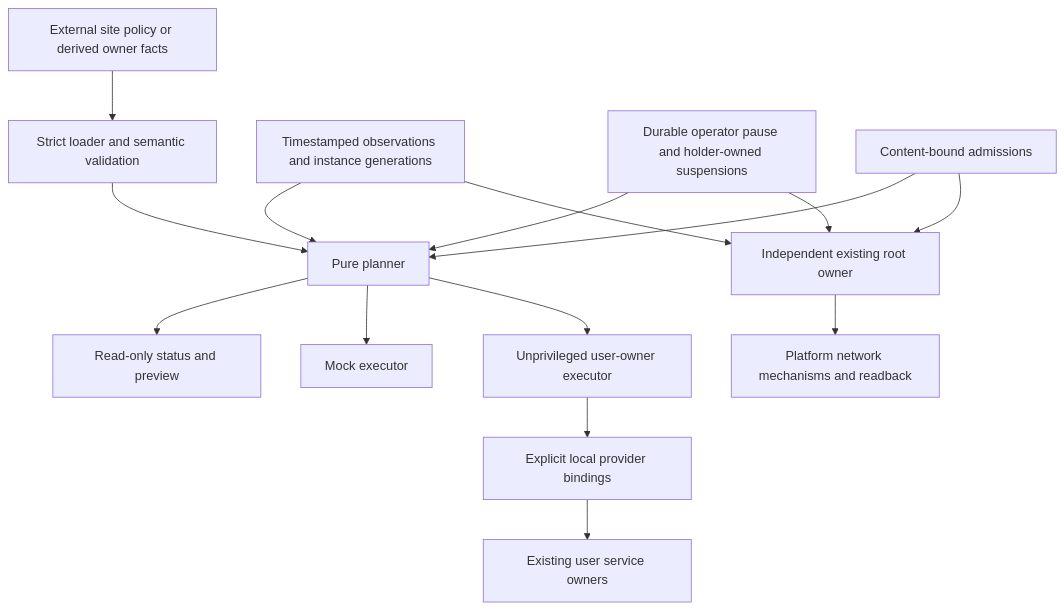
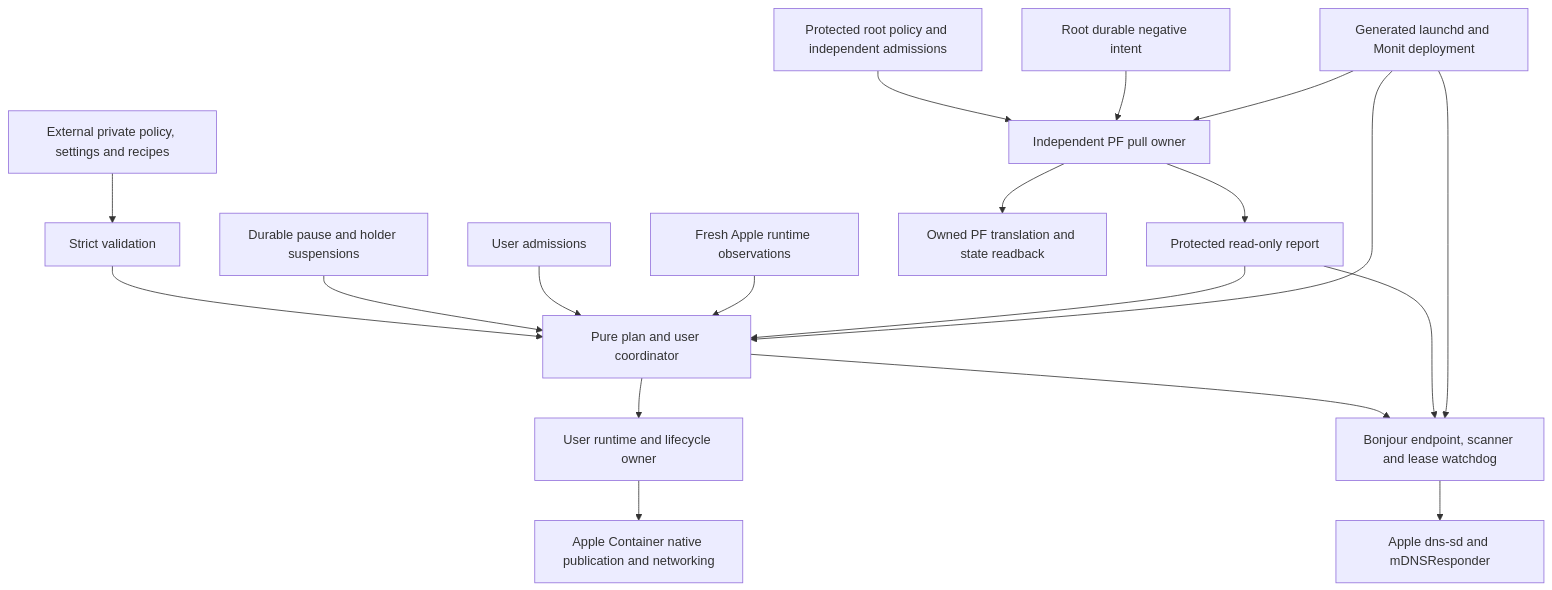
The diagram in README.md (mglaeser/network-orchestrator), drawn with Mermaid before and after one commit. The commit also changed other lines of this file and 69 other files, not shown here.

First line of the commit message:
Complete reviewed native macOS networking orchestration and provisioning (#4)

````diff
--- a/README.md
+++ b/README.md
@@ -112,17 +86,21 @@
 ```mermaid
 flowchart TD
-    A[External site policy or derived owner facts] --> V[Strict loader and semantic validation]
-    V --> P[Pure planner]
-    O[Timestamped observations and instance generations] --> P
-    I[Durable operator pause and holder-owned suspensions] --> P
-    D[Content-bound admissions] --> P
-    P --> R[Read-only status and preview]
-    P --> M[Mock executor]
-    P --> U[Unprivileged user-owner executor]
-    U --> E[Explicit local provider bindings]
-    E --> X[Existing user service owners]
-    D --> B[Independent existing root owner]
+    P[External private policy, settings and recipes] --> V[Strict validation]
+    V --> C[Pure plan and user coordinator]
+    I[Durable pause and holder suspensions] --> C
+    A[User admissions] --> C
+    R[Fresh Apple runtime observations] --> C
+    C --> U[User runtime and lifecycle owner]
+    U --> AC[Apple Container native publication and networking]
+    C --> B[Bonjour endpoint, scanner and lease watchdog]
+    B --> DNS[Apple dns-sd and mDNSResponder]
+    RA[Protected root policy and independent admissions] --> F[Independent PF pull owner]
+    RI[Root durable negative intent] --> F
+    F --> K[Owned PF translation and state readback]
+    F --> O[Protected read-only report]
+    O --> C
     O --> B
-    I --> B
-    B --> K[Platform network mechanisms and readback]
+    D[Generated launchd and Monit deployment] --> C
+    D --> B
+    D --> F
 ```
````
